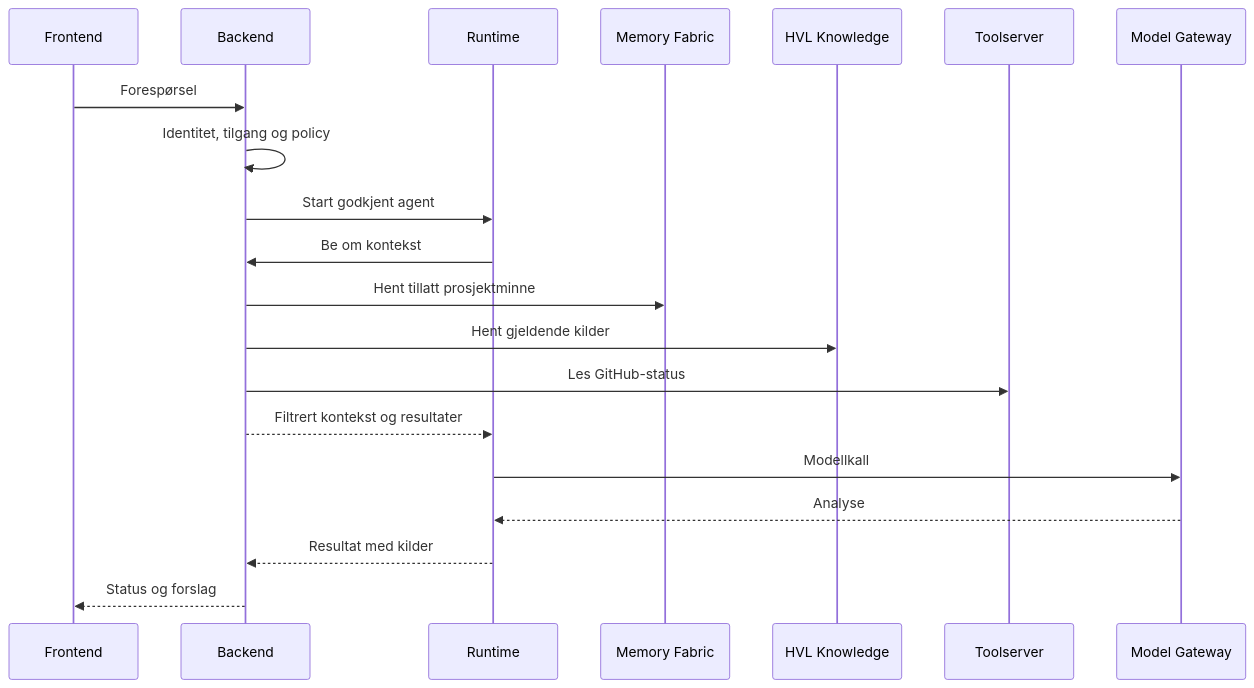
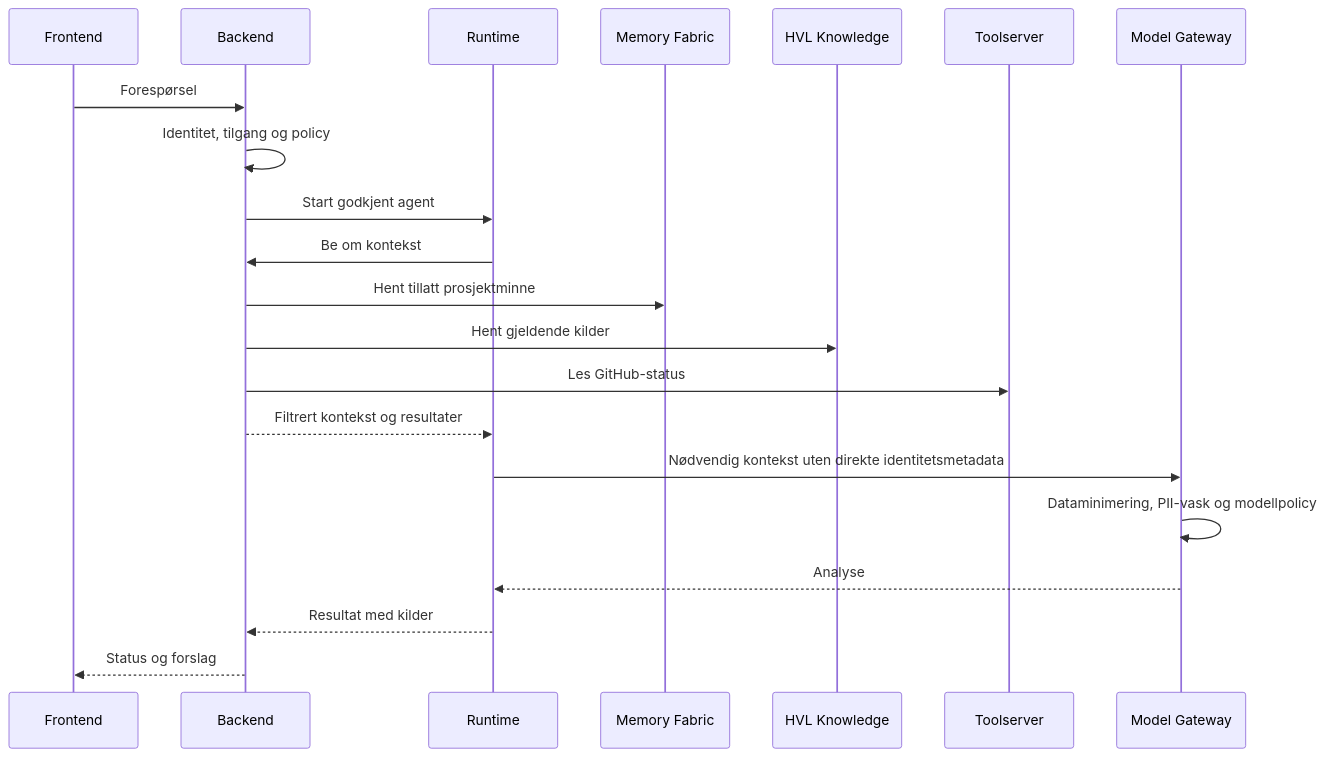
The diagram in docs/utviklere/samspill.mdx (IvarRosenbergHVL/hvl-ki-documentation), drawn with Mermaid before and after one commit. The commit also changed other lines of this file, not shown here.

````diff
--- a/docs/utviklere/samspill.mdx
+++ b/docs/utviklere/samspill.mdx
@@ -8,22 +8,23 @@
 ```mermaid
 sequenceDiagram
  participant U as Frontend
  participant B as Backend
  participant R as Runtime
  participant M as Memory Fabric
  participant K as HVL Knowledge
  participant T as Toolserver
  participant G as Model Gateway
  U->>B: Forespørsel
  B->>B: Identitet, tilgang og policy
  B->>R: Start godkjent agent
  R->>B: Be om kontekst
  B->>M: Hent tillatt prosjektminne
  B->>K: Hent gjeldende kilder
  B->>T: Les GitHub-status
  B-->>R: Filtrert kontekst og resultater
- R->>G: Modellkall
+ R->>G: Nødvendig kontekst uten direkte identitetsmetadata
+ G->>G: Dataminimering, PII-vask og modellpolicy
  G-->>R: Analyse
  R-->>B: Resultat med kilder
  B-->>U: Status og forslag
 ```
````
